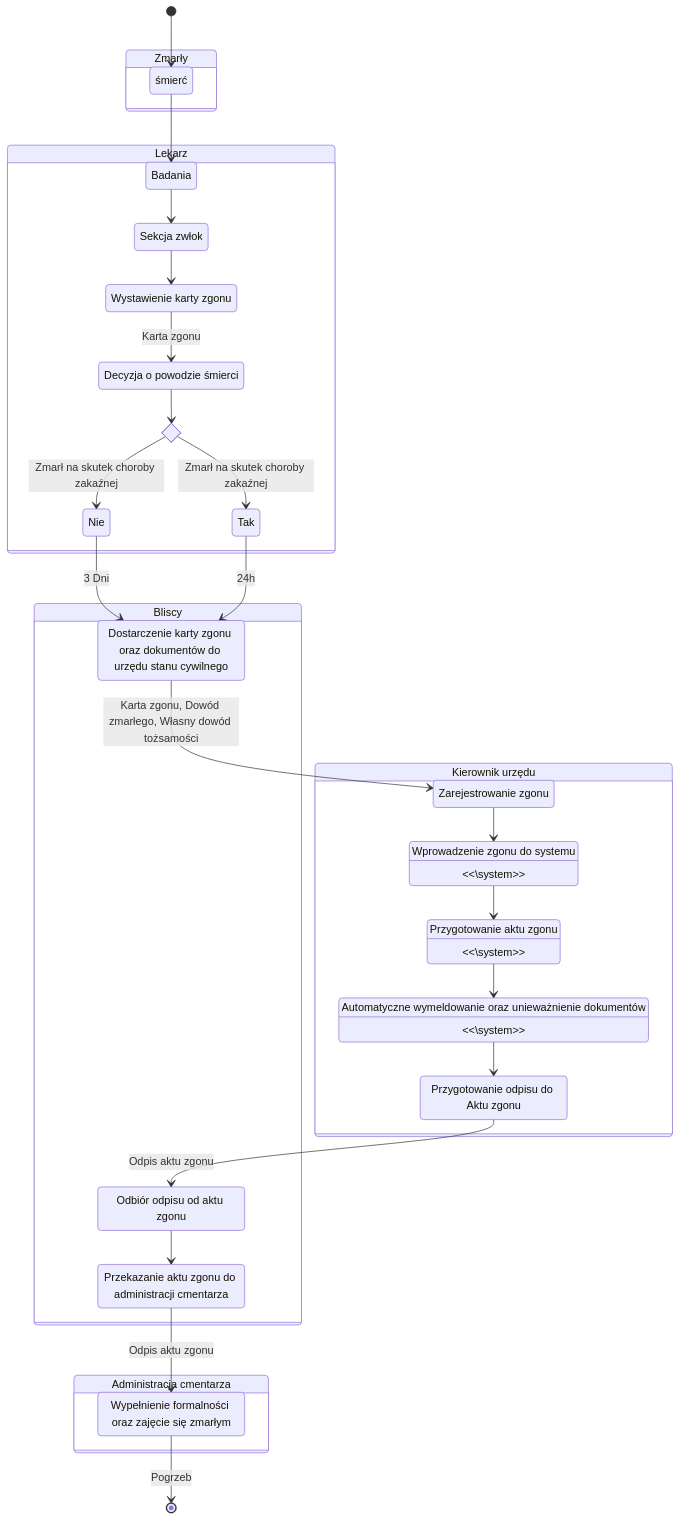
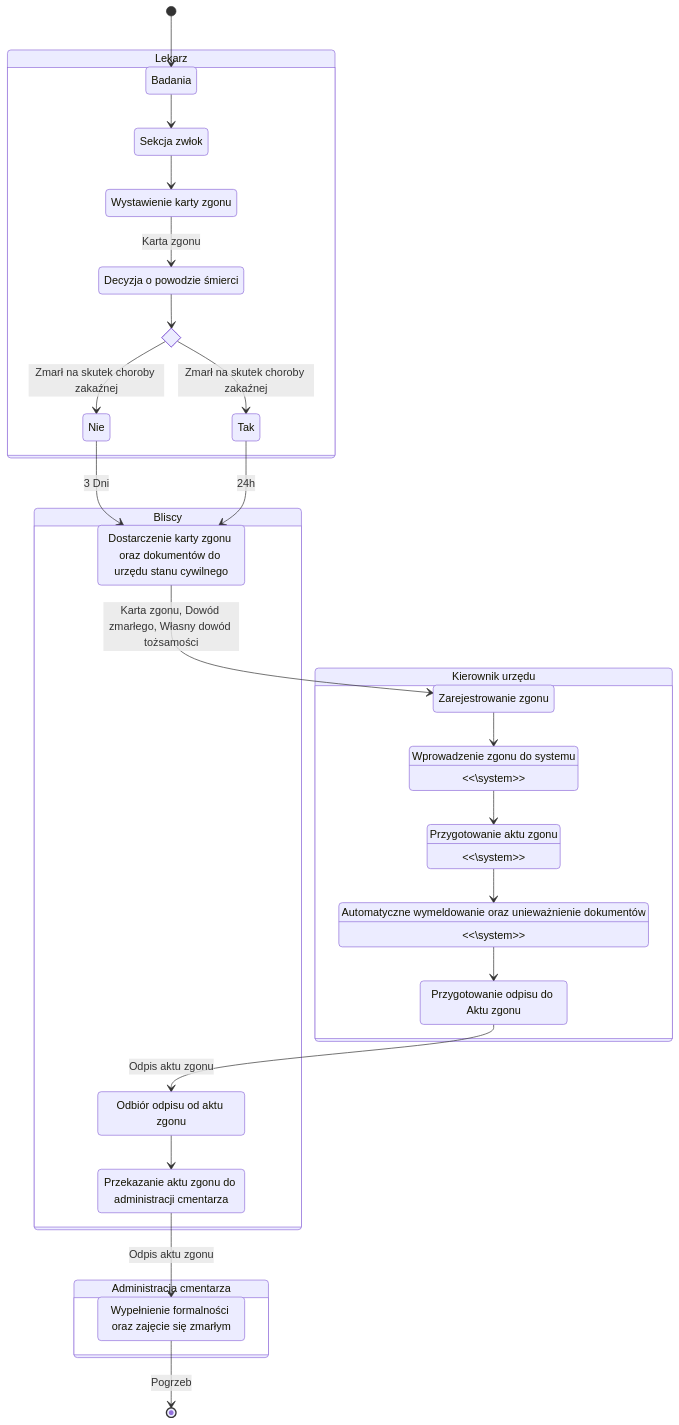
One commit to bartlomiejkrawczyk/ZPI-22Z changed the fourth of 6 diagrams in README.md. Above: the diagram before and after it, drawn with Mermaid. The commit also changed other lines of this file, not shown here.

````diff
--- a/README.md
+++ b/README.md
@@ -404,59 +385,54 @@
 ```mermaid
 stateDiagram
-    [*] --> s
-    state Zmarły {
-        direction LR
-        state "śmierć" as s
-    }
+    [*] --> b
     state Lekarz {
         direction LR
         state "Badania" as b
         state "Sekcja zwłok" as sz
         state "Wystawienie karty zgonu" as kz
         state "Decyzja o powodzie śmierci" as d
         b --> sz
         sz --> kz
         kz --> d: Karta zgonu
 
         state if_state <<choice>>
         d --> if_state
         if_state --> Nie: Zmarł na skutek choroby zakaźnej
         if_state --> Tak: Zmarł na skutek choroby zakaźnej
     }
     state Bliscy {
         state "Dostarczenie karty zgonu oraz dokumentów do urzędu stanu cywilnego" as w
         state "Odbiór odpisu od aktu zgonu" as b2
         state "Przekazanie aktu zgonu do administracji cmentarza" as b3
 
         b2 --> b3
     }
     state "Kierownik urzędu" as kierownik {
         state "Zarejestrowanie zgonu" as k1
         state "Wprowadzenie zgonu do systemu" as k2
         state "<<\system>>" as k2
         state "Przygotowanie aktu zgonu" as k3
         state "<<\system>>" as k3
         state "Automatyczne wymeldowanie oraz unieważnienie dokumentów" as k4
         state "<<\system>>" as k4
         state "Przygotowanie odpisu do Aktu zgonu" as k5
 
         k1 --> k2
         k2 --> k3
         k3 --> k4
         k4 --> k5
     }
     state "Administracja cmentarza" as administracja {
         state "Wypełnienie formalności oraz zajęcie się zmarłym" as c1
     }
-    s --> b
 
     Nie --> w : 3 Dni
     Tak --> w : 24h
 
     w --> k1: Karta zgonu, Dowód zmarłego, Własny dowód tożsamości
 
     k5 --> b2: Odpis aktu zgonu
     b3 --> c1: Odpis aktu zgonu
 
     c1 --> [*]: Pogrzeb
 ```
````
